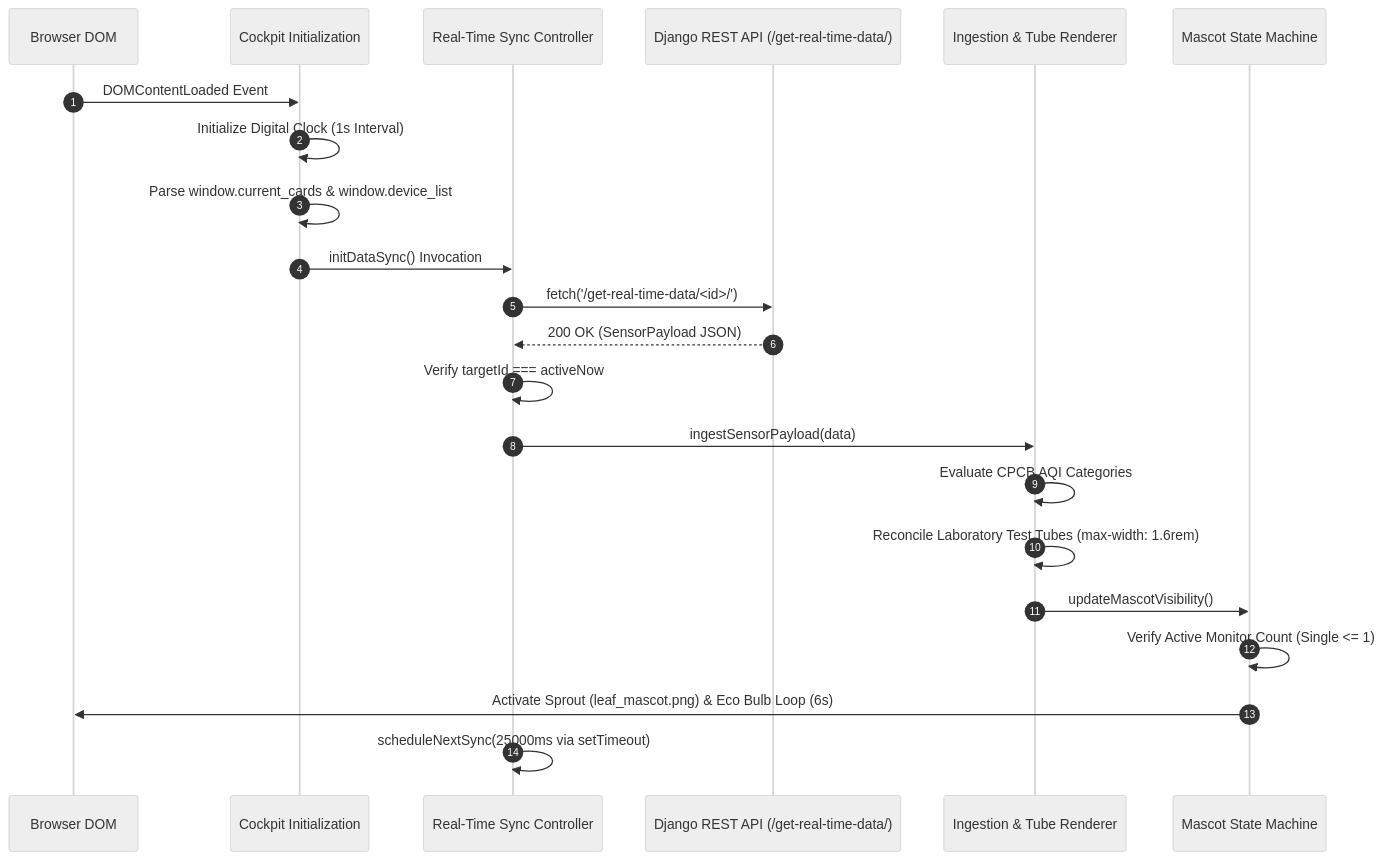
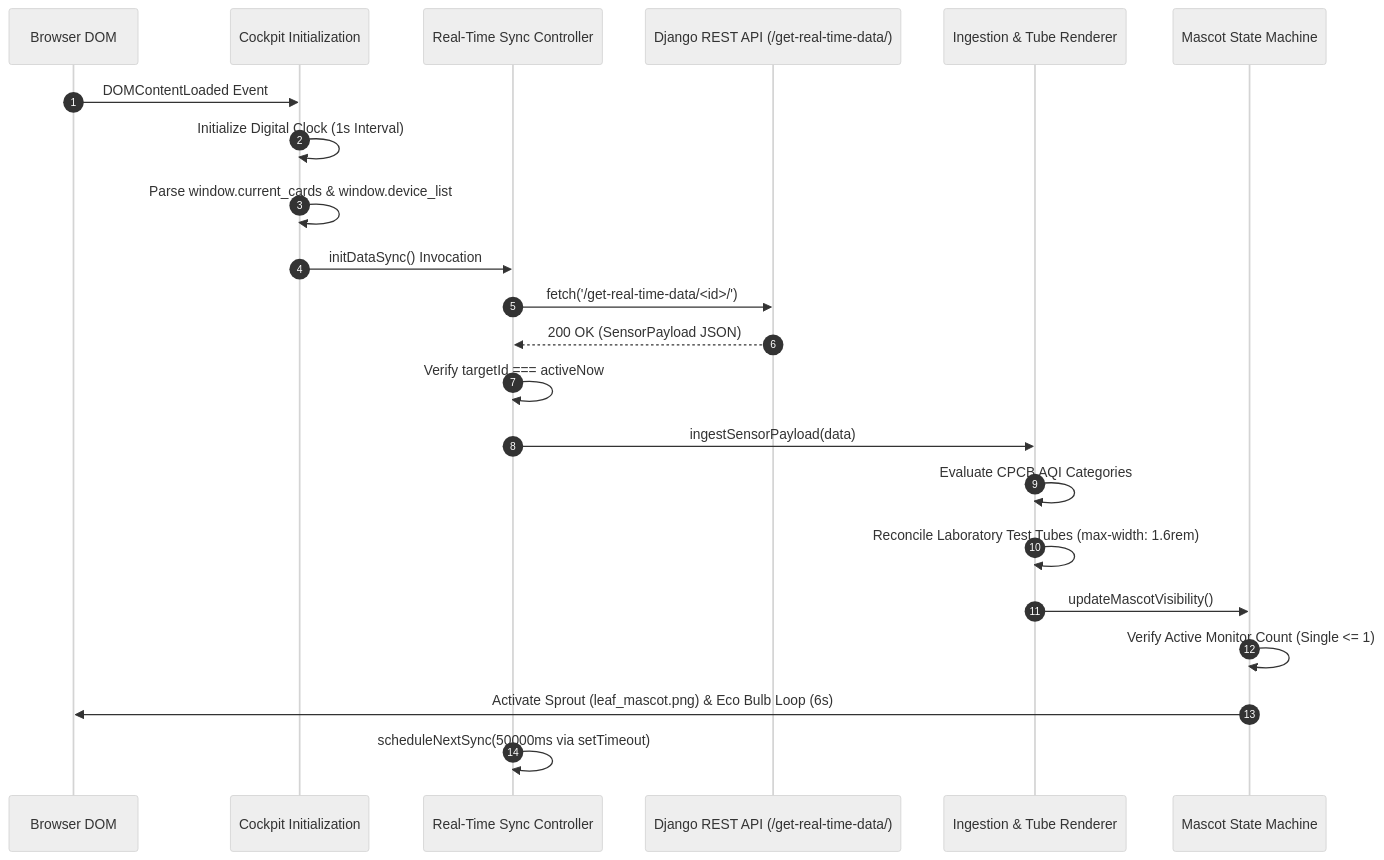
Before and after one commit to Shikhar2106-ctrl/clean-air-cockpit: the diagram in LLD_DESIGN.md, drawn with Mermaid (neutral theme). The commit also changed other lines of this file and 4 other files, not shown here.

````diff
--- a/LLD_DESIGN.md
+++ b/LLD_DESIGN.md
@@ -33,25 +33,25 @@
 ```mermaid
 sequenceDiagram
     autonumber
     participant DOM as Browser DOM
     participant Init as Cockpit Initialization
     participant Sync as Real-Time Sync Controller
     participant Backend as Django REST API (/get-real-time-data/)
     participant Ingest as Ingestion & Tube Renderer
     participant Mascot as Mascot State Machine
 
     DOM->>Init: DOMContentLoaded Event
     Init->>Init: Initialize Digital Clock (1s Interval)
     Init->>Init: Parse window.current_cards & window.device_list
     Init->>Sync: initDataSync() Invocation
     Sync->>Backend: fetch('/get-real-time-data/<id>/')
     Backend-->>Sync: 200 OK (SensorPayload JSON)
     Sync->>Sync: Verify targetId === activeNow
     Sync->>Ingest: ingestSensorPayload(data)
     Ingest->>Ingest: Evaluate CPCB AQI Categories
     Ingest->>Ingest: Reconcile Laboratory Test Tubes (max-width: 1.6rem)
     Ingest->>Mascot: updateMascotVisibility()
     Mascot->>Mascot: Verify Active Monitor Count (Single <= 1)
     Mascot->>DOM: Activate Sprout (leaf_mascot.png) & Eco Bulb Loop (6s)
-    Sync->>Sync: scheduleNextSync(25000ms via setTimeout)
+    Sync->>Sync: scheduleNextSync(50000ms via setTimeout)
 ```
````
